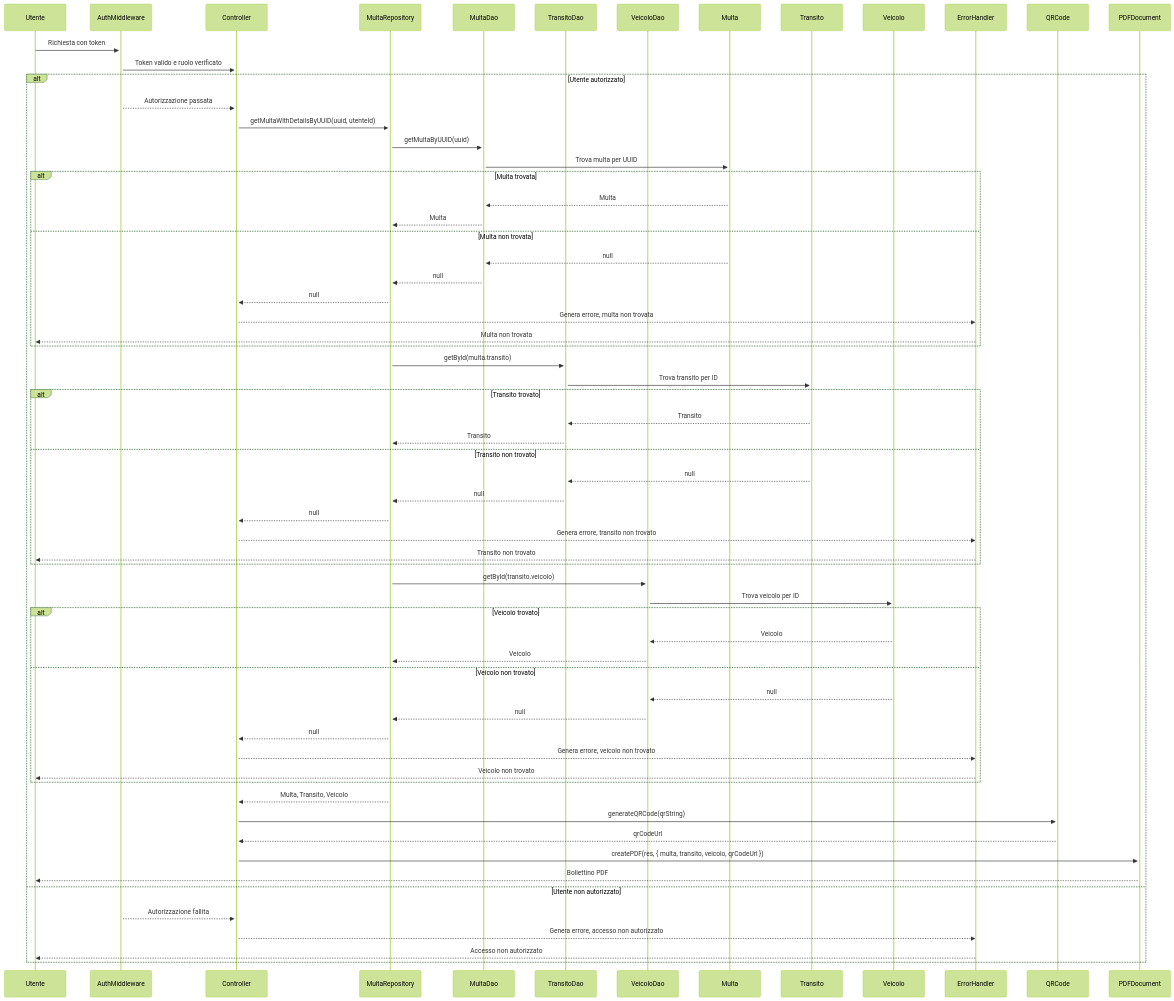
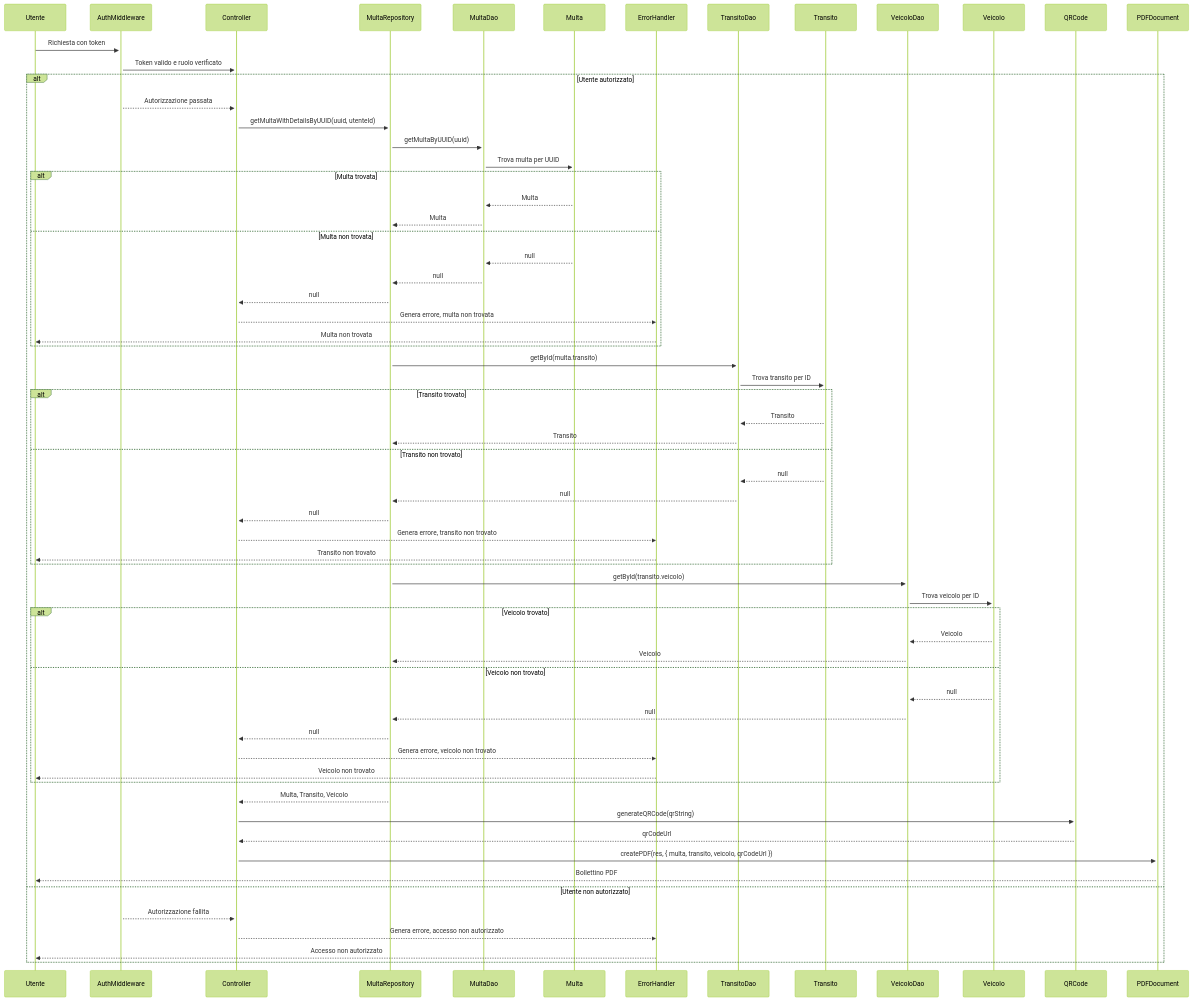
Before and after one commit to Arianna6400/Adv_Prog: the tenth of 12 diagrams in README.md, drawn with Mermaid (forest theme). The commit also changed other lines of this file, not shown here.

````diff
--- a/README.md
+++ b/README.md
@@ -629,68 +629,68 @@
 ```mermaid
 sequenceDiagram
     participant U as Utente
     participant Auth as AuthMiddleware
     participant C as Controller
     participant R as MultaRepository
     participant DAO_M as MultaDao
+    participant M as Multa
+    participant Err as ErrorHandler
     participant DAO_T as TransitoDao
+    participant T as Transito
     participant DAO_V as VeicoloDao
-    participant M as Multa
-    participant T as Transito
     participant V as Veicolo
-    participant Err as ErrorHandler
     participant QR as QRCode
     participant PDF as PDFDocument
 
     U->>+Auth: Richiesta con token
     Auth->>+C: Token valido e ruolo verificato
     alt Utente autorizzato
         Auth-->>C: Autorizzazione passata
         C->>+R: getMultaWithDetailsByUUID(uuid, utenteId)
         R->>+DAO_M: getMultaByUUID(uuid)
         DAO_M->>+M: Trova multa per UUID
         alt Multa trovata
             M-->>DAO_M: Multa
             DAO_M-->>R: Multa
         else Multa non trovata
             M-->>DAO_M: null
             DAO_M-->>R: null
             R-->>C: null
             C-->>Err: Genera errore, multa non trovata
             Err-->>U: Multa non trovata
         end
         R->>+DAO_T: getById(multa.transito)
         DAO_T->>+T: Trova transito per ID
         alt Transito trovato
             T-->>DAO_T: Transito
             DAO_T-->>R: Transito
         else Transito non trovato
             T-->>DAO_T: null
             DAO_T-->>R: null
             R-->>C: null
             C-->>Err: Genera errore, transito non trovato
             Err-->>U: Transito non trovato
         end
         R->>+DAO_V: getById(transito.veicolo)
         DAO_V->>+V: Trova veicolo per ID
         alt Veicolo trovato
             V-->>DAO_V: Veicolo
             DAO_V-->>R: Veicolo
         else Veicolo non trovato
             V-->>DAO_V: null
             DAO_V-->>R: null
             R-->>C: null
             C-->>Err: Genera errore, veicolo non trovato
             Err-->>U: Veicolo non trovato
         end
         R-->>C: Multa, Transito, Veicolo
         C->>+QR: generateQRCode(qrString)
         QR-->>C: qrCodeUrl
         C->>+PDF: createPDF(res, { multa, transito, veicolo, qrCodeUrl })
         PDF-->>U: Bollettino PDF
     else Utente non autorizzato
         Auth-->>C: Autorizzazione fallita
         C-->>Err: Genera errore, accesso non autorizzato
         Err-->>U: Accesso non autorizzato
     end
 ```
````
